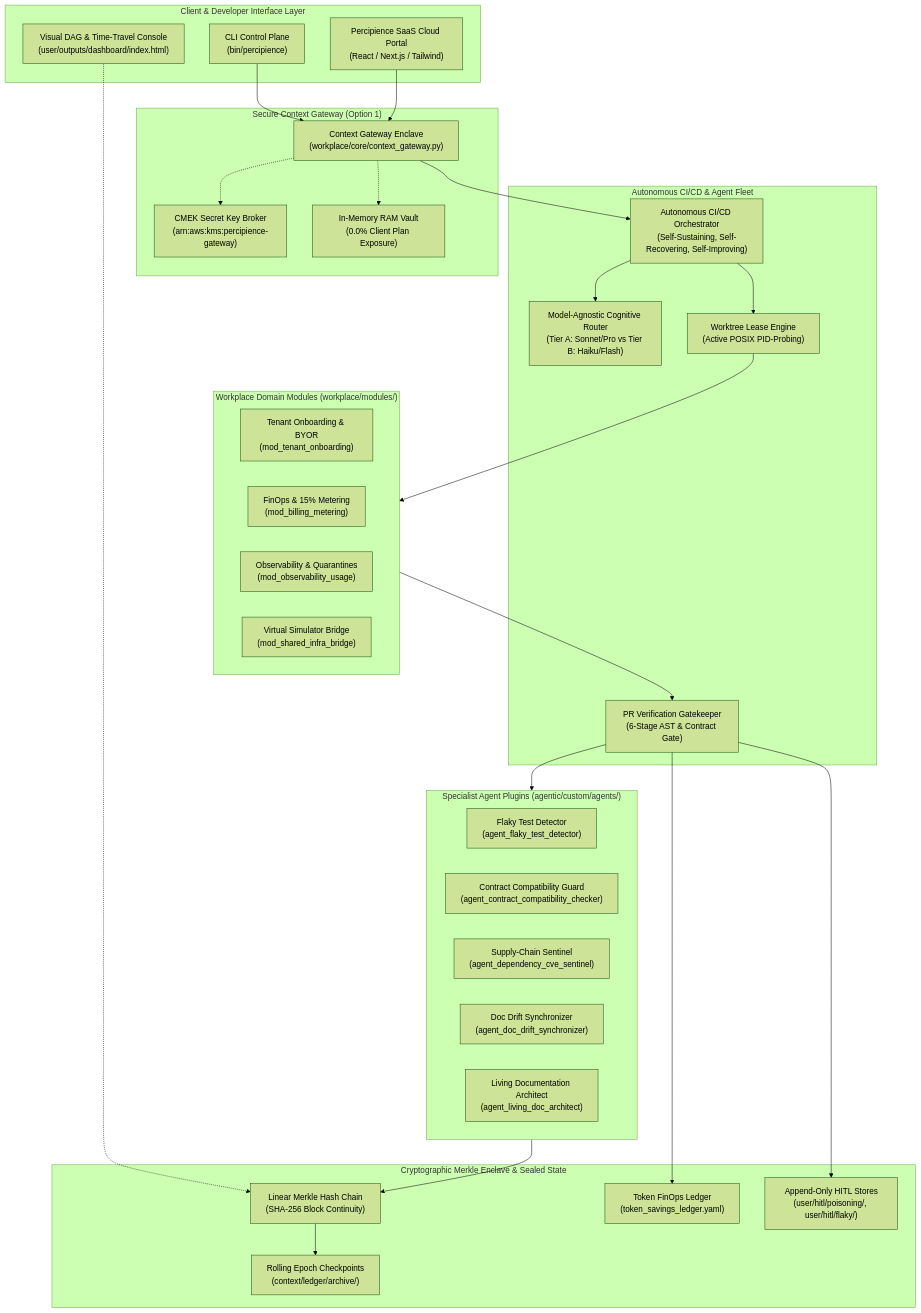
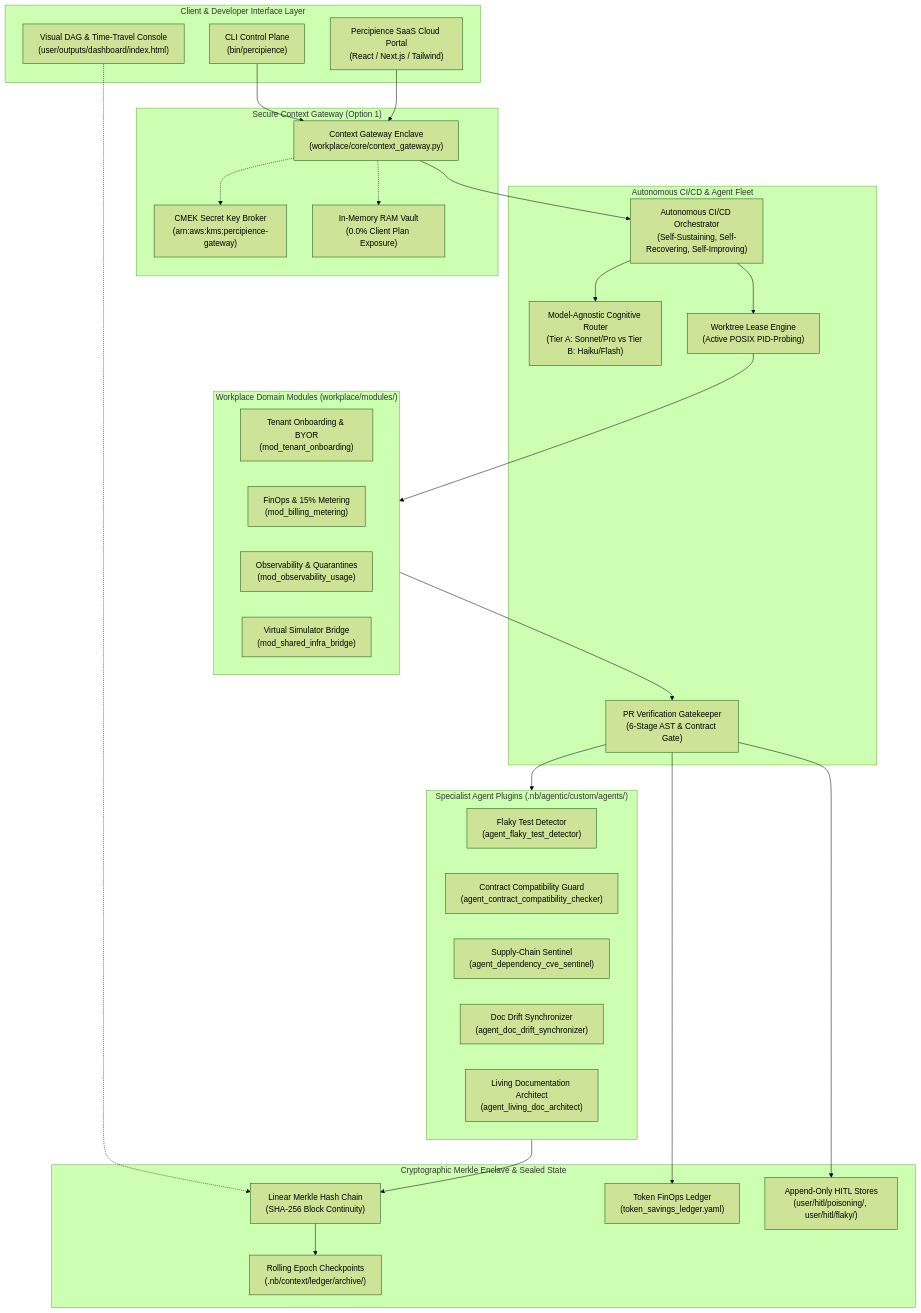
Before and after one commit to lakhwindersingh/nb_fairyfly: the diagram in workplace/docs/architecture.md, drawn with Mermaid (forest theme). The commit also changed 97 other files, not shown here.

````diff
--- a/workplace/docs/architecture.md
+++ b/workplace/docs/architecture.md
@@ -10,59 +10,59 @@
 ```mermaid
 graph TD
   subgraph Client_Layer["Client & Developer Interface Layer"]
     CLI["CLI Control Plane<br/>(bin/percipience)"]
     WebPortal["Percipience SaaS Cloud Portal<br/>(React / Next.js / Tailwind)"]
     TimeTravelDash["Visual DAG & Time-Travel Console<br/>(user/outputs/dashboard/index.html)"]
   end
 
   subgraph Gateway_Enclave["Secure Context Gateway (Option 1)"]
     GW["Context Gateway Enclave<br/>(workplace/core/context_gateway.py)"]
     KMS["CMEK Secret Key Broker<br/>(arn:aws:kms:percipience-gateway)"]
     RAMEnclave["In-Memory RAM Vault<br/>(0.0% Client Plan Exposure)"]
   end
 
   subgraph Orchestration_Layer["Autonomous CI/CD & Agent Fleet"]
     Orchestrator["Autonomous CI/CD Orchestrator<br/>(Self-Sustaining, Self-Recovering, Self-Improving)"]
     CognitiveRouter["Model-Agnostic Cognitive Router<br/>(Tier A: Sonnet/Pro vs Tier B: Haiku/Flash)"]
     WorktreeEngine["Worktree Lease Engine<br/>(Active POSIX PID-Probing)"]
     Gatekeeper["PR Verification Gatekeeper<br/>(6-Stage AST & Contract Gate)"]
   end
 
-  subgraph Specialist_Fleet["Specialist Agent Plugins (agentic/custom/agents/)"]
+  subgraph Specialist_Fleet["Specialist Agent Plugins (.nb/agentic/custom/agents/)"]
     FlakyAgent["Flaky Test Detector<br/>(agent_flaky_test_detector)"]
     ContractAgent["Contract Compatibility Guard<br/>(agent_contract_compatibility_checker)"]
     CVEAgent["Supply-Chain Sentinel<br/>(agent_dependency_cve_sentinel)"]
     DriftAgent["Doc Drift Synchronizer<br/>(agent_doc_drift_synchronizer)"]
     LivingDocAgent["Living Documentation Architect<br/>(agent_living_doc_architect)"]
   end
 
   subgraph Domain_Modules["Workplace Domain Modules (workplace/modules/)"]
     TenantMod["Tenant Onboarding & BYOR<br/>(mod_tenant_onboarding)"]
     BillingMod["FinOps & 15% Metering<br/>(mod_billing_metering)"]
     ObsMod["Observability & Quarantines<br/>(mod_observability_usage)"]
     BridgeMod["Virtual Simulator Bridge<br/>(mod_shared_infra_bridge)"]
   end
 
   subgraph Enclave_Ledger["Cryptographic Merkle Enclave & Sealed State"]
     MerkleChain["Linear Merkle Hash Chain<br/>(SHA-256 Block Continuity)"]
-    EpochArchive["Rolling Epoch Checkpoints<br/>(context/ledger/archive/)"]
+    EpochArchive["Rolling Epoch Checkpoints<br/>(.nb/context/ledger/archive/)"]
     TokenLedger["Token FinOps Ledger<br/>(token_savings_ledger.yaml)"]
     HITLStores["Append-Only HITL Stores<br/>(user/hitl/poisoning/, user/hitl/flaky/)"]
   end
 
   CLI --> GW
   WebPortal --> GW
   GW --> Orchestrator
   GW -.-> KMS
   GW -.-> RAMEnclave
   Orchestrator --> CognitiveRouter
   Orchestrator --> WorktreeEngine
   WorktreeEngine --> Domain_Modules
   Domain_Modules --> Gatekeeper
   Gatekeeper --> Specialist_Fleet
   Specialist_Fleet --> MerkleChain
   MerkleChain --> EpochArchive
   Gatekeeper --> TokenLedger
   Gatekeeper --> HITLStores
   TimeTravelDash -.-> MerkleChain
 ```
````
